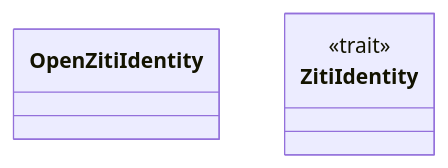
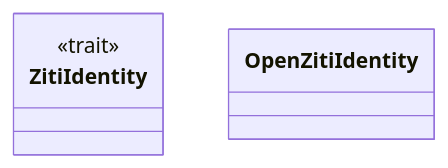
One commit to lgcorzo/rust_CACD_autonomous_factory changed the first of 2 diagrams in wiki/crates_factory-infrastructure_src_ziti.md. Above: the diagram before and after it, drawn with Mermaid. The commit also changed other lines of this file and 58 other files, not shown here.

````diff
--- a/wiki/crates_factory-infrastructure_src_ziti.md
+++ b/wiki/crates_factory-infrastructure_src_ziti.md
@@ -16,7 +16,7 @@
 ```mermaid
 classDiagram
-    class OpenZitiIdentity
     class ZitiIdentity {
         <<trait>>
     }
+    class OpenZitiIdentity
 ```
````
